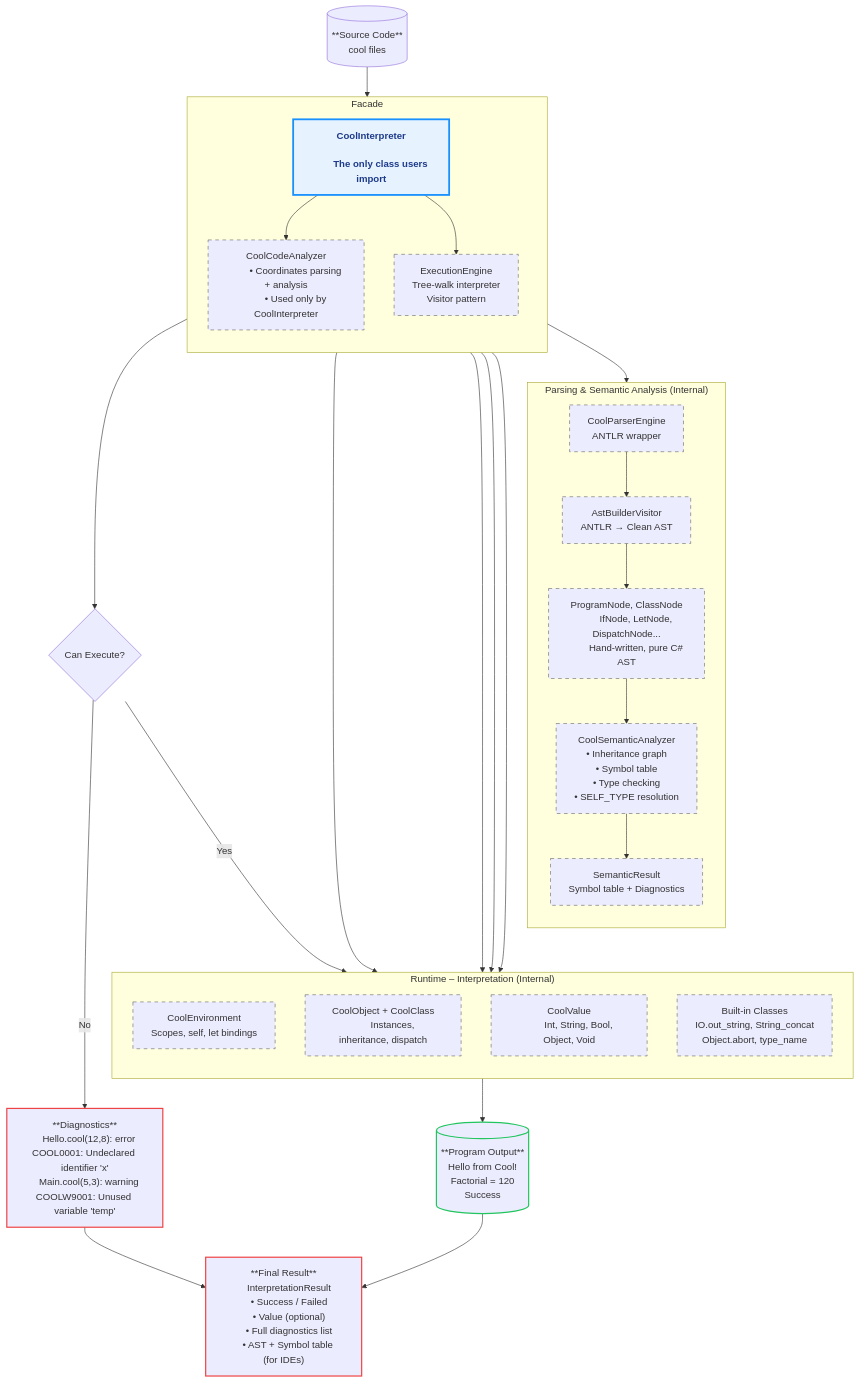
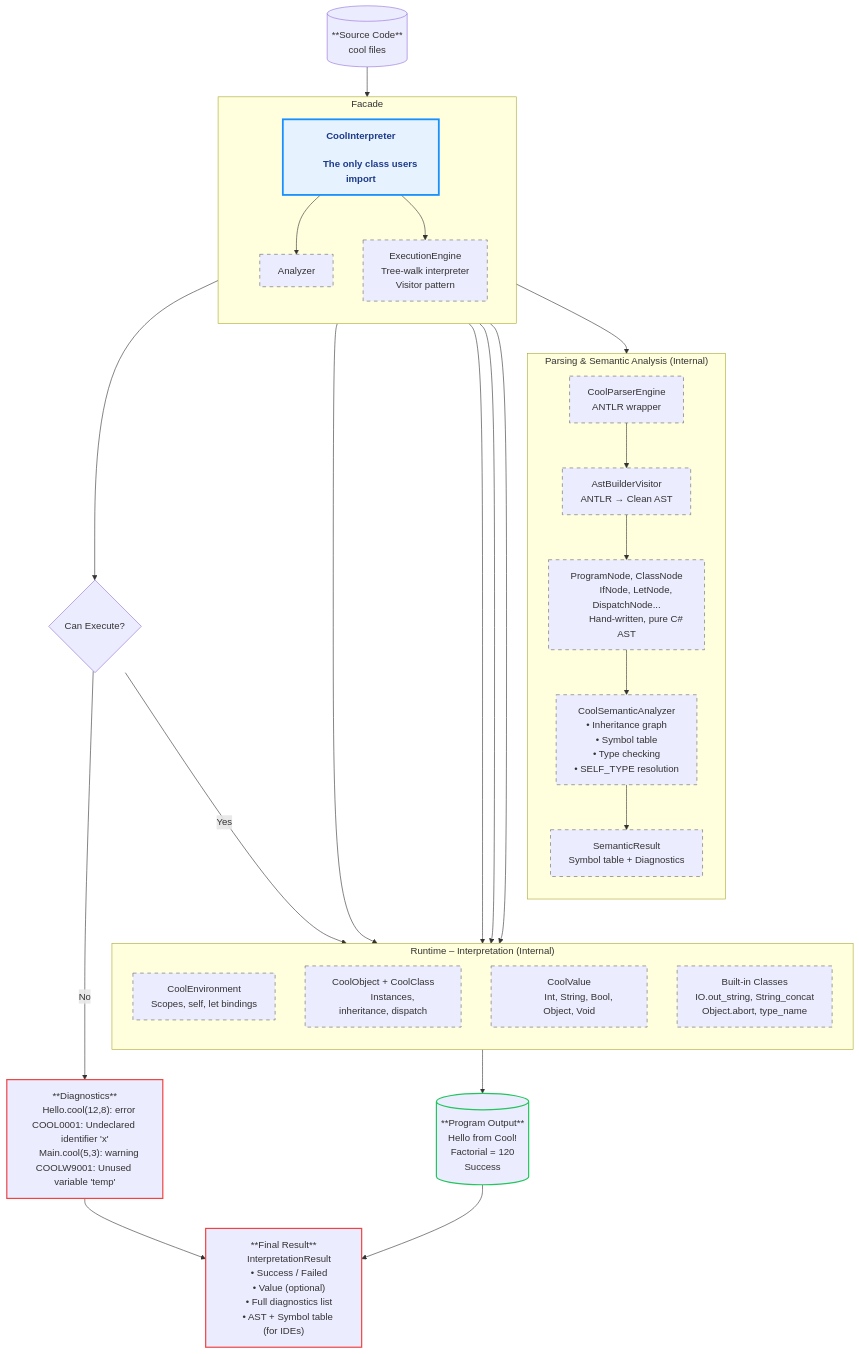
The diagram in README.md (michifueby/Cool-Interpreter), drawn with Mermaid before and after one commit.

Commit message:
Remove CoolCodeAnalyzer description from README
Removed description of CoolCodeAnalyzer from README.

```diff
--- a/README.md
+++ b/README.md
@@ -22,9 +22,6 @@
 
     subgraph Frontend ["Parsing & Semantic Analysis (Internal)"]
         direction TB
-        Analyzer[CoolCodeAnalyzer
-        • Coordinates parsing + analysis
-        • Used only by CoolInterpreter]
 
         Analyzer --> Parser
         Parser[CoolParserEngine
```
